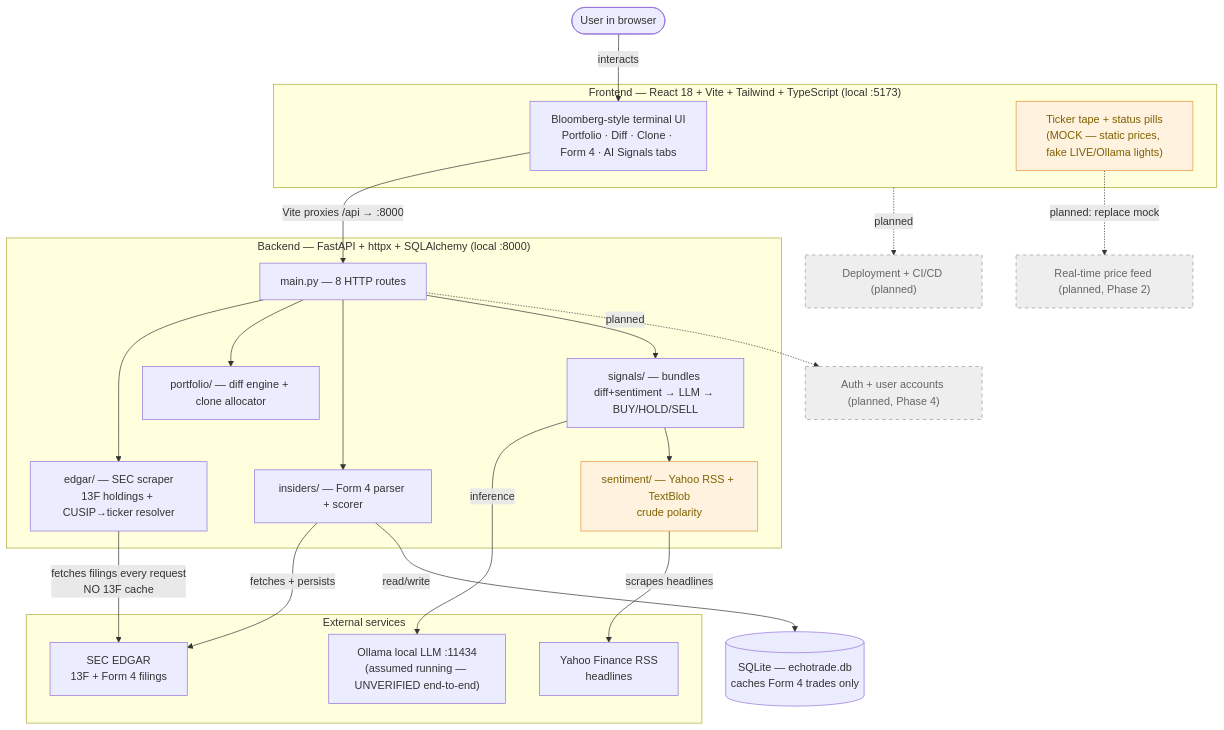
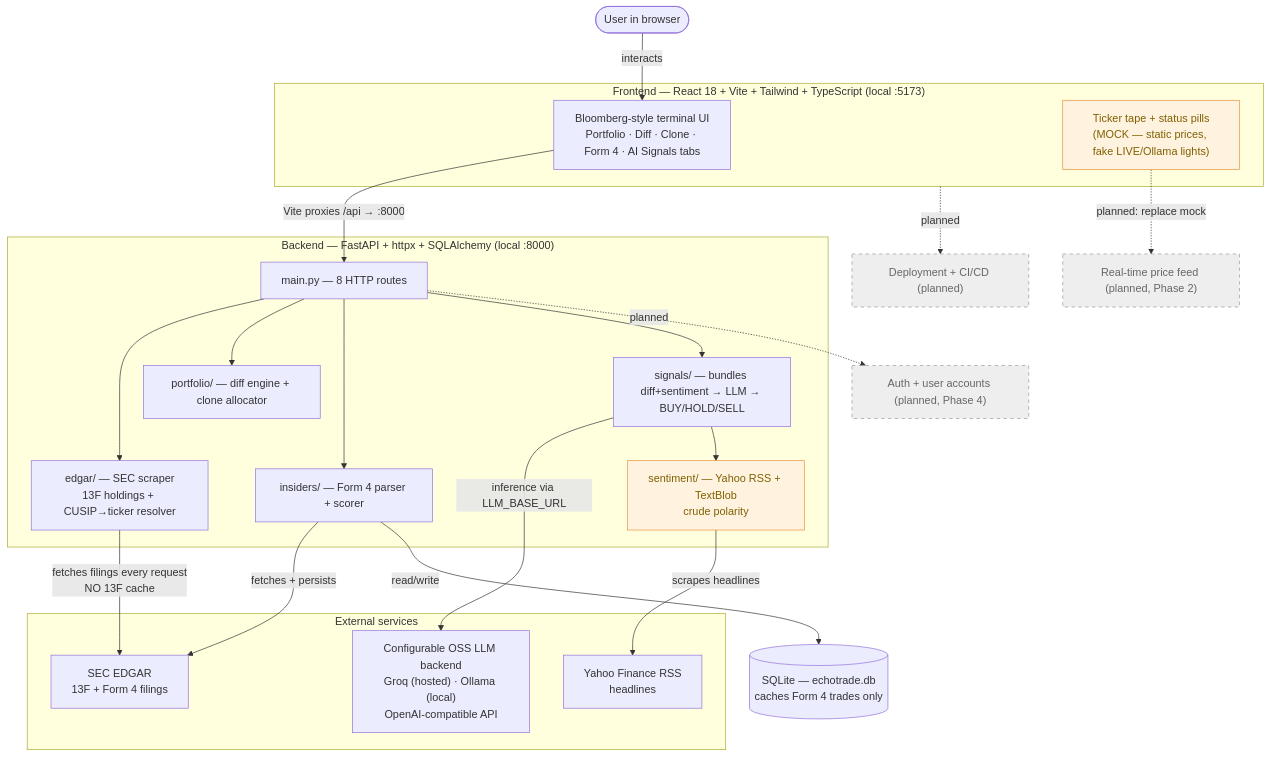
Before and after one commit to scontractor/EchoTrade-AI: the diagram in docs/architecture.md, drawn with Mermaid. The commit also changed other lines of this file and 1 other file, not shown here.

First line of the commit message:
docs: update plan.md and architecture.md after PR #1 merge

````diff
--- a/docs/architecture.md
+++ b/docs/architecture.md
@@ -11,52 +11,52 @@
 ```mermaid
 flowchart TD
     User([User in browser])
 
     subgraph Frontend["Frontend — React 18 + Vite + Tailwind + TypeScript (local :5173)"]
         UI[Bloomberg-style terminal UI<br/>Portfolio · Diff · Clone · Form 4 · AI Signals tabs]
         TopBar["Ticker tape + status pills<br/>(MOCK — static prices, fake LIVE/Ollama lights)"]
     end
 
     subgraph Backend["Backend — FastAPI + httpx + SQLAlchemy (local :8000)"]
         API[main.py — 8 HTTP routes]
         Edgar[edgar/ — SEC scraper<br/>13F holdings + CUSIP→ticker resolver]
         Portfolio[portfolio/ — diff engine + clone allocator]
         Insiders[insiders/ — Form 4 parser + scorer]
         Sentiment[sentiment/ — Yahoo RSS + TextBlob<br/>crude polarity]
         Signals[signals/ — bundles diff+sentiment → LLM → BUY/HOLD/SELL]
     end
 
     DB[("SQLite — echotrade.db<br/>caches Form 4 trades only")]
 
     subgraph External["External services"]
         SEC["SEC EDGAR<br/>13F + Form 4 filings"]
         Yahoo["Yahoo Finance RSS<br/>headlines"]
-        Ollama["Ollama local LLM :11434<br/>(assumed running — UNVERIFIED end-to-end)"]
+        LLM["Configurable OSS LLM backend<br/>Groq (hosted) · Ollama (local)<br/>OpenAI-compatible API"]
     end
 
     User -->|interacts| UI
     UI -->|Vite proxies /api → :8000| API
     API --> Edgar
     API --> Portfolio
     API --> Insiders
     API --> Signals
     Edgar -->|fetches filings every request<br/>NO 13F cache| SEC
     Insiders -->|fetches + persists| SEC
     Insiders -->|read/write| DB
     Sentiment -->|scrapes headlines| Yahoo
-    Signals -->|inference| Ollama
+    Signals -->|inference via LLM_BASE_URL| LLM
     Signals --> Sentiment
 
     Auth["Auth + user accounts (planned, Phase 4)"]
     Prices["Real-time price feed (planned, Phase 2)"]
     Deploy["Deployment + CI/CD (planned)"]
 
     API -.->|planned| Auth
     TopBar -.->|planned: replace mock| Prices
     Frontend -.->|planned| Deploy
 
     classDef planned fill:#eee,stroke:#999,color:#666,stroke-dasharray: 5 5;
     classDef mock fill:#fff3e0,stroke:#e69138,color:#7f6000;
     class Auth,Prices,Deploy planned;
     class TopBar,Sentiment mock;
 ```
````
